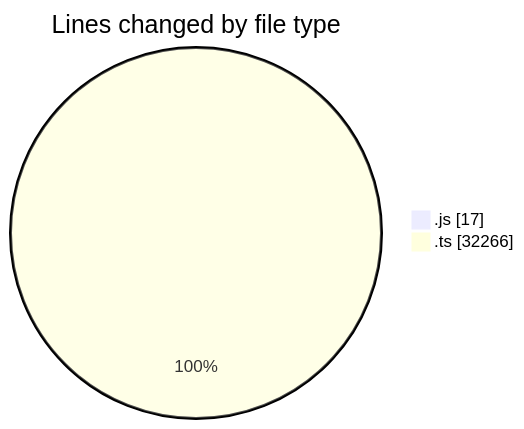
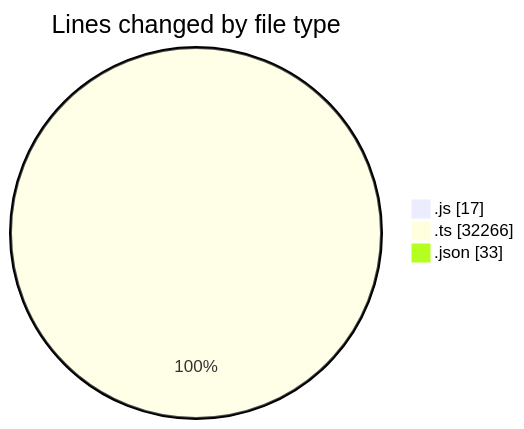
The first of 2 diagrams in 2026-07-27/cda/README.md (momahboobian/code-tracking), drawn with Mermaid before and after one commit. The commit also changed other lines of this file and 1 other file, not shown here.

````diff
--- a/2026-07-27/cda/README.md
+++ b/2026-07-27/cda/README.md
@@ -29,6 +30,7 @@
 ```mermaid
 pie showData
 title Lines changed by file type
 ".js" : 17
 ".ts" : 32266
+".json" : 33
 ```
````
